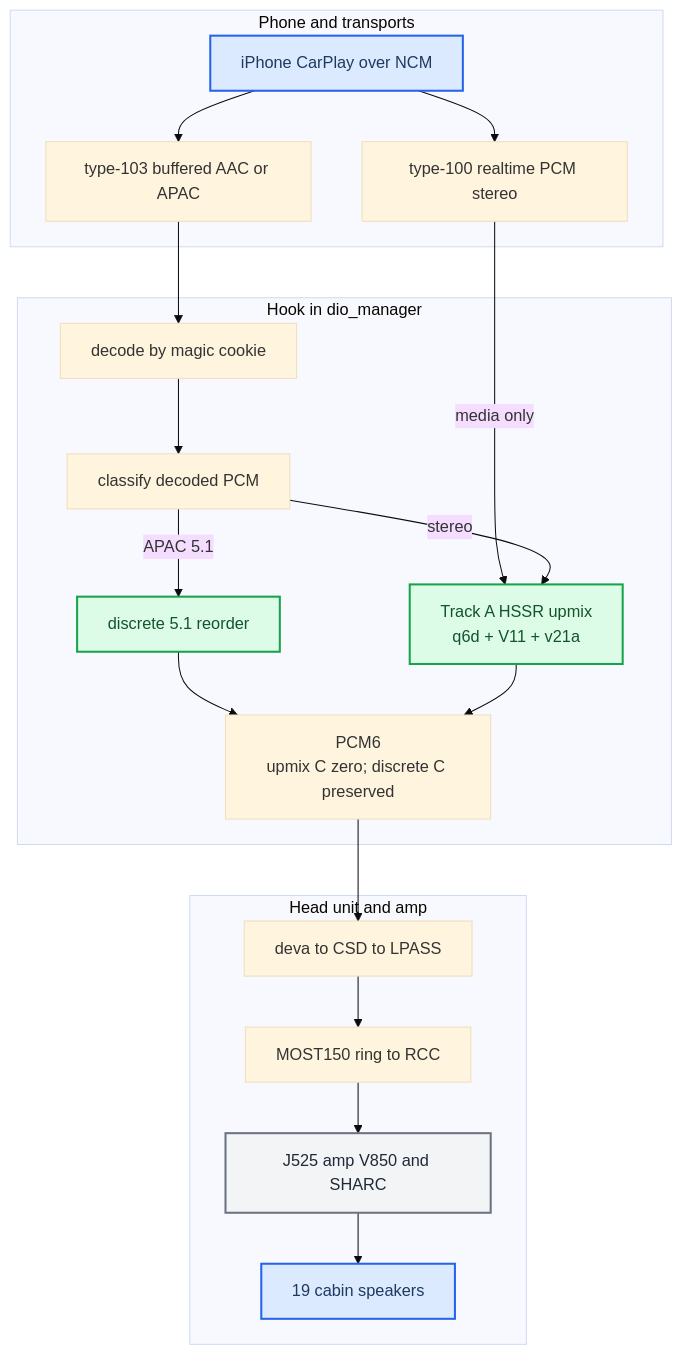
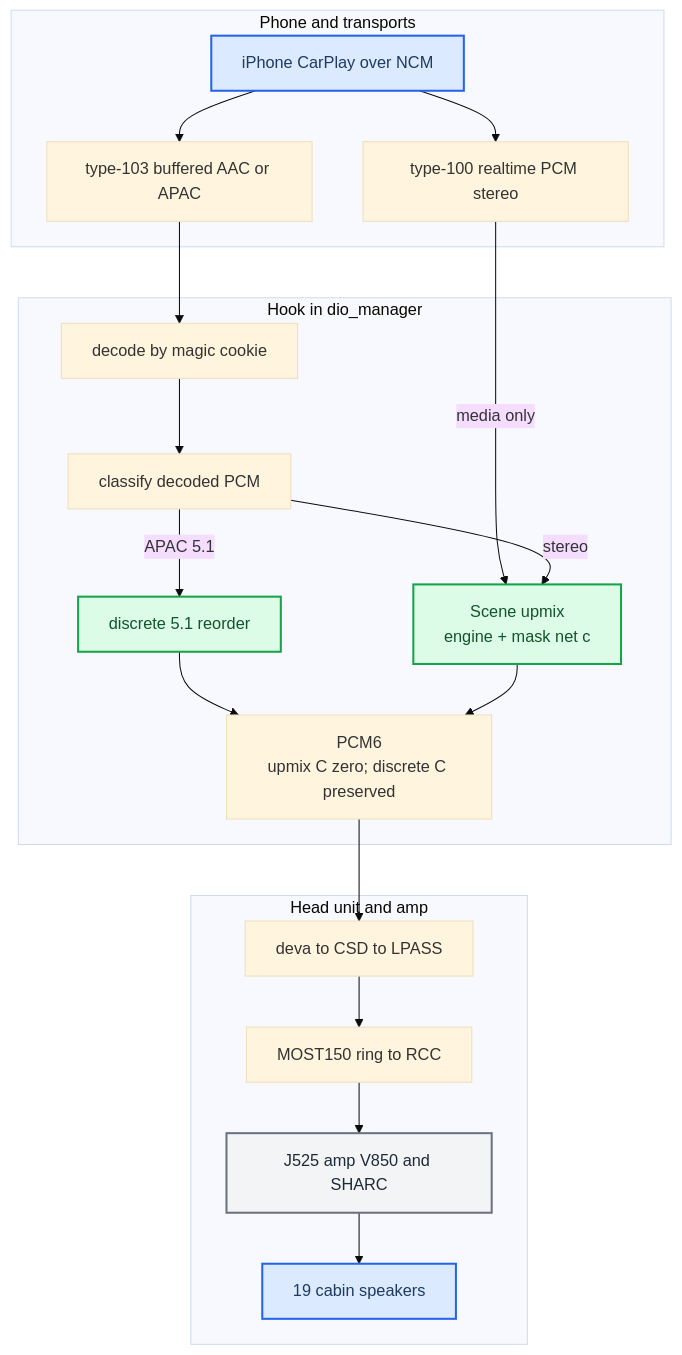
One commit to luka-dev/mib2q-carplay-rgi changed the second of 2 diagrams in docs/audio/README.md. Above: the diagram before and after it, drawn with Mermaid (base theme). The commit also changed other lines of this file and 1105 other files, not shown here.

First line of the commit message:
audio: retire the HSSR Universal upmix, SCENE is the only renderer

````diff
--- a/docs/audio/README.md
+++ b/docs/audio/README.md
@@ -34,36 +38,36 @@
 ```mermaid
 flowchart TB
   accTitle: Stereo to 5.1 CarPlay audio pipeline
-  accDescr: Two phone transports feed decode or the realtime path, split into discrete 5.1 or the HSSR upmix, converge on PCM6 and travel through deva and MOST to the J525 amp and the speakers.
+  accDescr: Two phone transports feed decode or the realtime path, split into discrete 5.1 or the scene upmix, converge on PCM6 and travel through deva and MOST to the J525 amp and the speakers.
   subgraph phone_side["Phone and transports"]
     iphone["iPhone CarPlay over NCM"]
     realtime_100["type-100 realtime PCM stereo"]
     buffered_103["type-103 buffered AAC or APAC"]
   end
   subgraph hook_side["Hook in dio_manager"]
     cookie_decode["decode by magic cookie"]
     classify_pcm["classify decoded PCM"]
     discrete_51["discrete 5.1 reorder"]
-    hssr_upmix["Track A HSSR upmix<br/>q6d + V11 + v21a"]
+    scene_upmix["Scene upmix<br/>engine + mask net c"]
     pcm6_out["PCM6<br/>upmix C zero; discrete C preserved"]
   end
   subgraph car_side["Head unit and amp"]
     deva_csd["deva to CSD to LPASS"]
     most_ring["MOST150 ring to RCC"]
     j525_amp["J525 amp V850 and SHARC"]
     speakers_19["19 cabin speakers"]
   end
   iphone --> realtime_100
   iphone --> buffered_103
-  realtime_100 -->|media only| hssr_upmix
+  realtime_100 -->|media only| scene_upmix
   buffered_103 --> cookie_decode --> classify_pcm
   classify_pcm -->|APAC 5.1| discrete_51 --> pcm6_out
-  classify_pcm -->|stereo| hssr_upmix --> pcm6_out
+  classify_pcm -->|stereo| scene_upmix --> pcm6_out
   pcm6_out --> deva_csd --> most_ring --> j525_amp --> speakers_19
   classDef primary fill:#dbeafe,stroke:#2563eb,stroke-width:2px,color:#1e3a5f
   classDef success fill:#dcfce7,stroke:#16a34a,stroke-width:2px,color:#14532d
   classDef neutral fill:#f3f4f6,stroke:#6b7280,stroke-width:2px,color:#1f2937
   class iphone,speakers_19 primary
-  class discrete_51,hssr_upmix success
+  class discrete_51,scene_upmix success
   class j525_amp neutral
 ```
````
